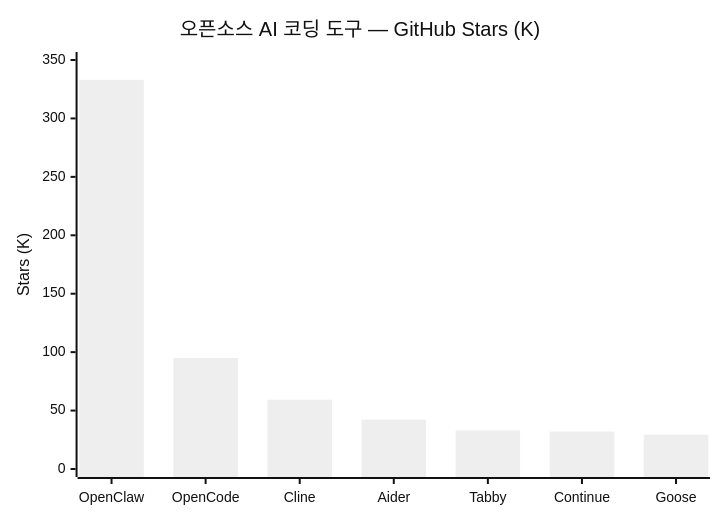
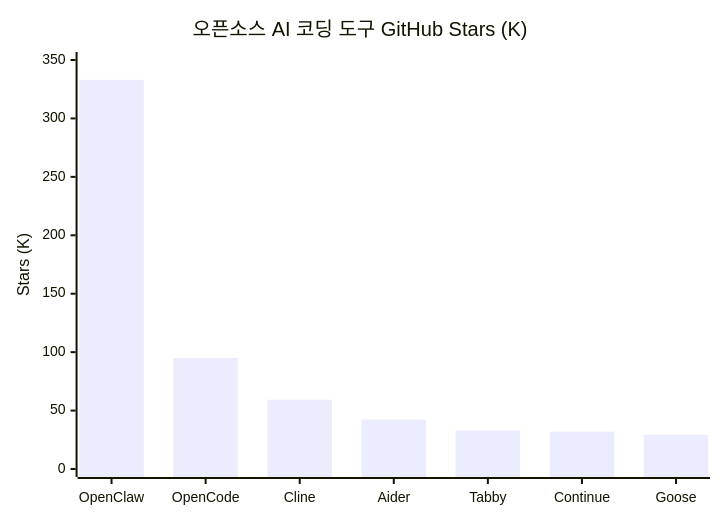
Diagram 11 of 13 in README.md (stophobia/ai-whatchelin), drawn with Mermaid before and after one commit. The commit also changed other lines of this file, not shown here.

````diff
--- a/README.md
+++ b/README.md
@@ -397,8 +391,8 @@
 ```mermaid
-%%{init: {'theme': 'neutral'}}%%
+%%{init: {'theme': 'default'}}%%
 xychart-beta
-    title "오픈소스 AI 코딩 도구 — GitHub Stars (K)"
+    title "오픈소스 AI 코딩 도구 GitHub Stars (K)"
     x-axis ["OpenClaw", "OpenCode", "Cline", "Aider", "Tabby", "Continue", "Goose"]
     y-axis "Stars (K)" 0 --> 350
     bar [333, 95, 59.3, 42.3, 33, 32, 29.4]
 ```
````
